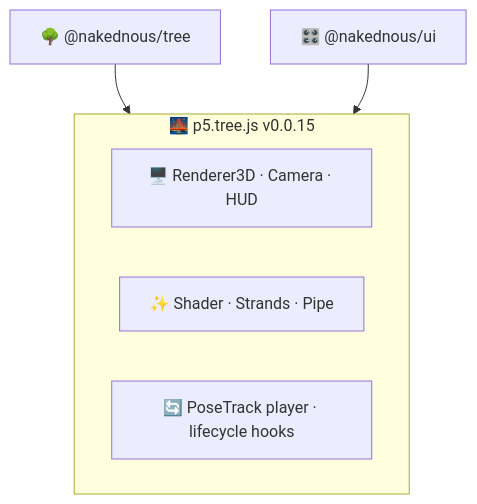
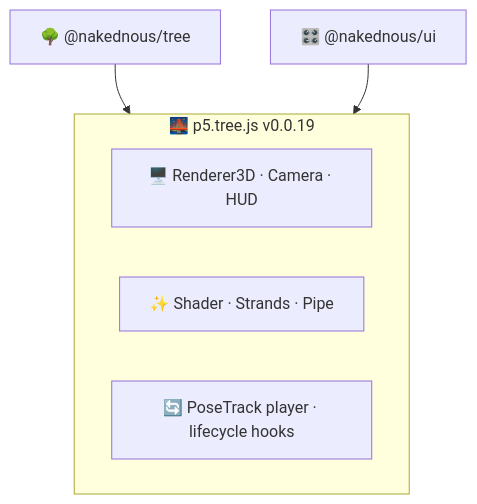
Before and after one commit to ABJ-d/tree: the third of 6 diagrams in slides.md, drawn with Mermaid. The commit also changed other lines of this file, not shown here.

````diff
--- a/slides.md
+++ b/slides.md
@@ -97,14 +97,14 @@
 ```mermaid
 flowchart TB
   T["🌳 @nakednous/tree"]
   U["🎛️ @nakednous/ui"]
 
-  subgraph P["🌉 p5.tree.js v0.0.15"]
+  subgraph P["🌉 p5.tree.js v0.0.19"]
     p1["🖥️ Renderer3D · Camera · HUD"]
     p2["✨ Shader · Strands · Pipe"]
     p3["🔄 PoseTrack player · lifecycle hooks"]
   end
 
   T --> P
   U --> P
 ```
````
